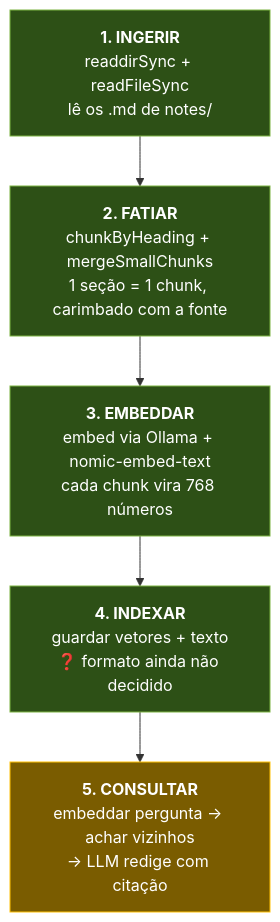
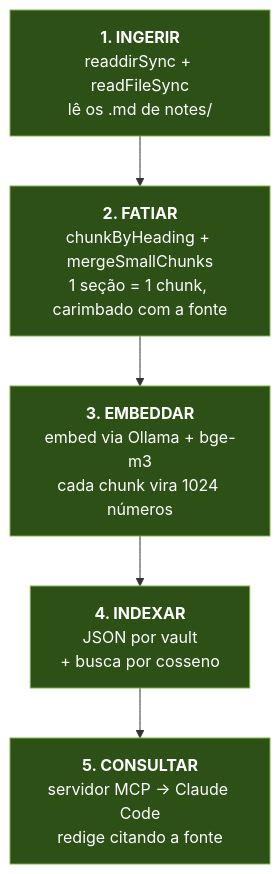
Before and after one commit to HeitorM50/dev-second-brain: the third of 5 diagrams in docs/arquitetura.md, drawn with Mermaid. The commit also changed other lines of this file and 4 other files, not shown here.

````diff
--- a/docs/arquitetura.md
+++ b/docs/arquitetura.md
@@ -121,17 +121,16 @@
 ```mermaid
 flowchart TD
     P1["<b>1. INGERIR</b><br/>readdirSync + readFileSync<br/>lê os .md de notes/"]
     P2["<b>2. FATIAR</b><br/>chunkByHeading + mergeSmallChunks<br/>1 seção = 1 chunk, carimbado com a fonte"]
-    P3["<b>3. EMBEDDAR</b><br/>embed via Ollama + nomic-embed-text<br/>cada chunk vira 768 números"]
-    P4["<b>4. INDEXAR</b><br/>guardar vetores + texto<br/>❓ formato ainda não decidido"]
-    P5["<b>5. CONSULTAR</b><br/>embeddar pergunta → achar vizinhos<br/>→ LLM redige com citação"]
+    P3["<b>3. EMBEDDAR</b><br/>embed via Ollama + bge-m3<br/>cada chunk vira 1024 números"]
+    P4["<b>4. INDEXAR</b><br/>JSON por vault<br/>+ busca por cosseno"]
+    P5["<b>5. CONSULTAR</b><br/>servidor MCP → Claude Code<br/>redige citando a fonte"]
 
     P1 --> P2 --> P3 --> P4 --> P5
 
     classDef feito fill:#2d5016,stroke:#7cb342,color:#fff
     classDef andamento fill:#7a5c00,stroke:#ffc107,color:#fff
     classDef pendente fill:#3a3a3a,stroke:#888,color:#ccc
 
-    class P1,P2,P3,P4 feito
-    class P5 andamento
+    class P1,P2,P3,P4,P5 feito
 ```
````
